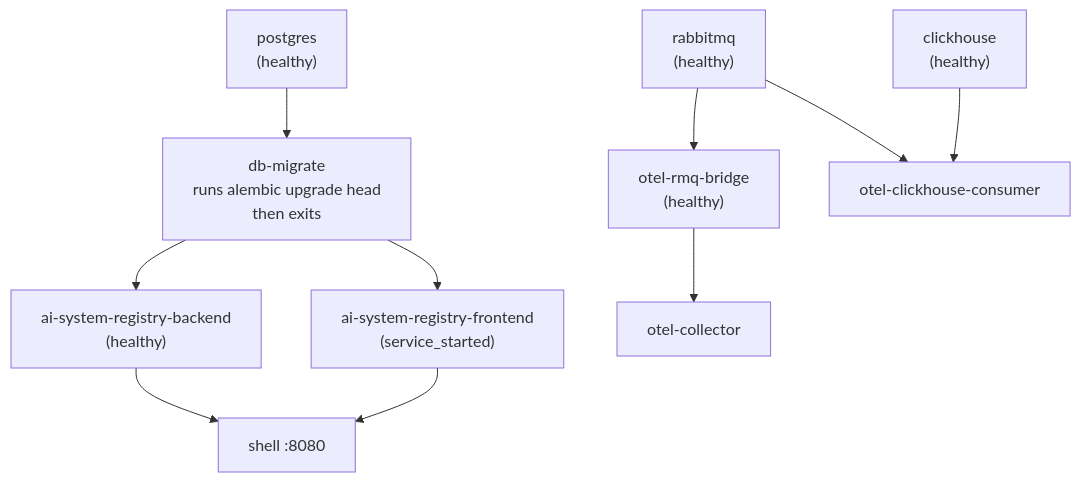
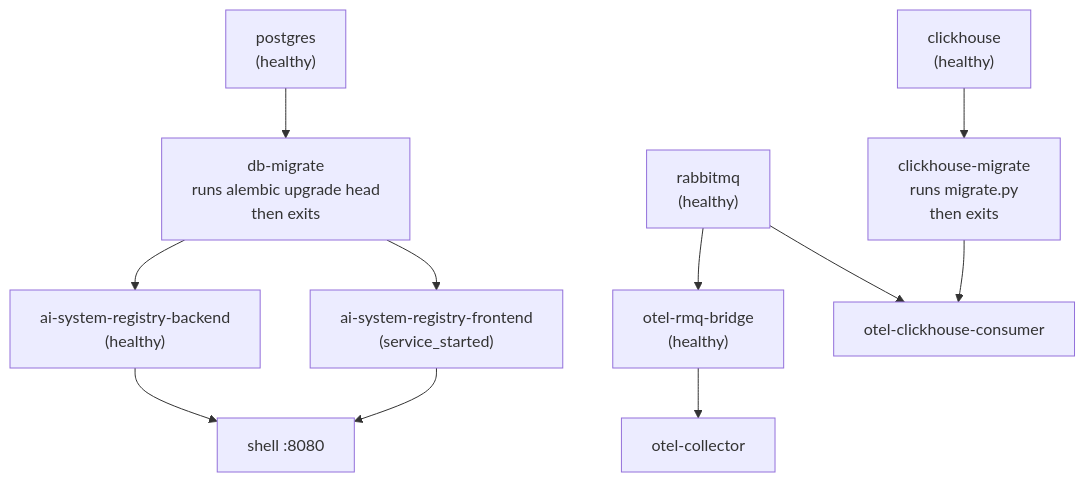
The second of 2 diagrams in docs/architecture.md (AI-Trust-Services/ai-trust-platform), drawn with Mermaid before and after one commit. The commit also changed other lines of this file and 26 other files, not shown here.

````diff
--- a/docs/architecture.md
+++ b/docs/architecture.md
@@ -52,25 +58,27 @@
 ```mermaid
 flowchart TD
     PG["postgres\n(healthy)"]
     Migrate["db-migrate\nruns alembic upgrade head\nthen exits"]
     Backend["ai-system-registry-backend\n(healthy)"]
     Frontend["ai-system-registry-frontend\n(service_started)"]
     Shell["shell :8080"]
     RMQ["rabbitmq\n(healthy)"]
     Bridge["otel-rmq-bridge\n(healthy)"]
     Collector["otel-collector"]
     CH["clickhouse\n(healthy)"]
+    CHMigrate["clickhouse-migrate\nruns migrate.py\nthen exits"]
     CHConsumer["otel-clickhouse-consumer"]
 
     PG --> Migrate
     Migrate --> Backend
     Migrate --> Frontend
     Backend --> Shell
     Frontend --> Shell
 
     RMQ --> Bridge
     Bridge --> Collector
 
-    CH --> CHConsumer
+    CH --> CHMigrate
+    CHMigrate --> CHConsumer
     RMQ --> CHConsumer
 ```
````
